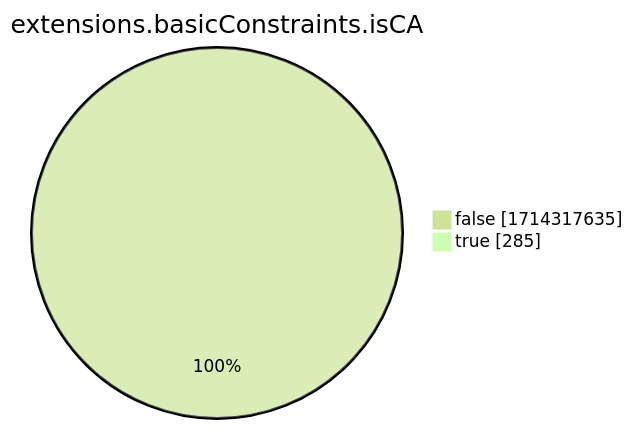
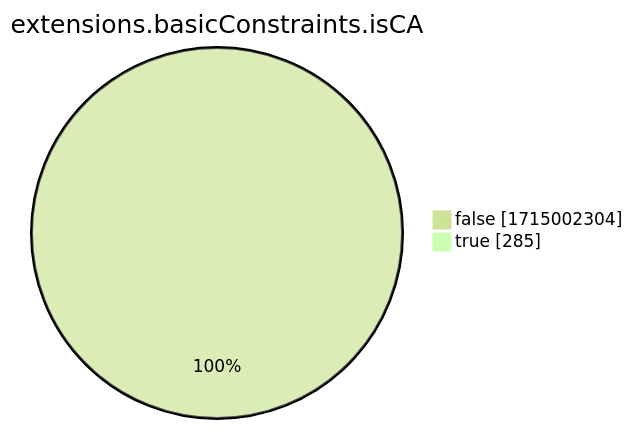
The eighth of 15 diagrams in xenon2022/README.md (christiankrug/ctmonitor_visualization), drawn with Mermaid (forest theme) before and after one commit. The commit also changed other lines of this file, not shown here.

````diff
--- a/xenon2022/README.md
+++ b/xenon2022/README.md
@@ -2866,6 +2866,6 @@
 ```mermaid
 pie showData
 title extensions.basicConstraints.isCA
-"false" :1714317635
+"false" :1715002304
 "true" :285
 ```
````
